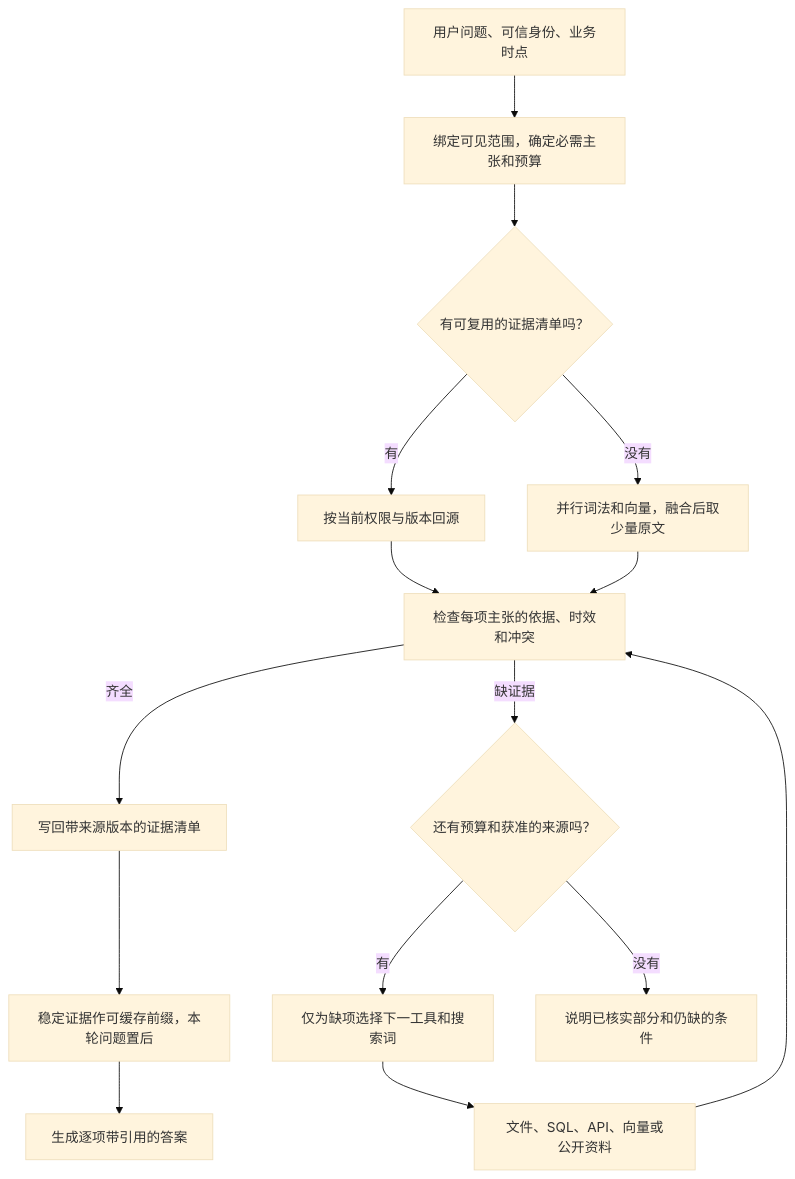
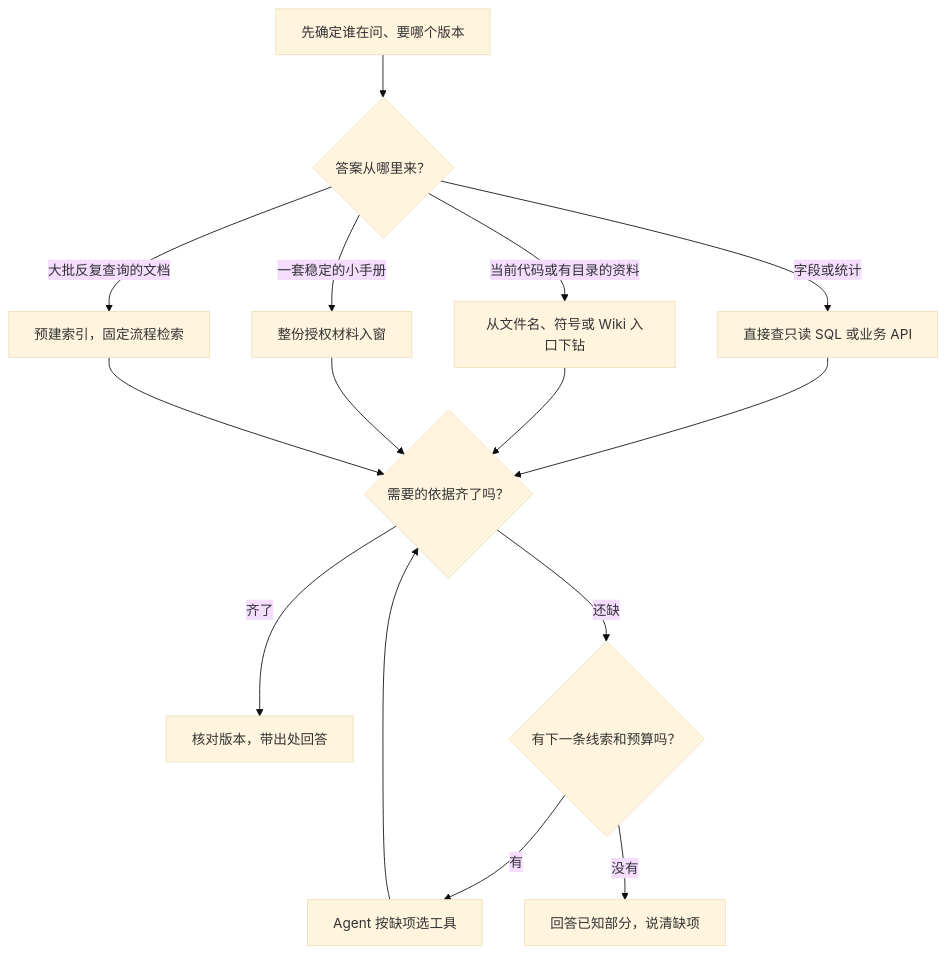
The first of 2 diagrams in 07-rag-and-modern-retrieval/02-agentic-rag-vs-long-context-vs-filesystem.md (echonoshy/agent-engineering-handbook), drawn with Mermaid (base theme) before and after one commit. The commit also changed other lines of this file and 21 other files, not shown here.

````diff
--- a/07-rag-and-modern-retrieval/02-agentic-rag-vs-long-context-vs-filesystem.md
+++ b/07-rag-and-modern-retrieval/02-agentic-rag-vs-long-context-vs-filesystem.md
@@ -134,17 +7,17 @@
 ```mermaid
 flowchart TD
-    U["用户问题、可信身份、业务时点"] --> S["绑定可见范围，确定必需主张和预算"]
-    S --> C{"有可复用的证据清单吗？"}
-    C -->|有| V["按当前权限与版本回源"]
-    C -->|没有| H["并行词法和向量，融合后取少量原文"]
-    V --> K["检查每项主张的依据、时效和冲突"]
-    H --> K
-    K -->|齐全| W["写回带来源版本的证据清单"]
-    W --> F["稳定证据作可缓存前缀，本轮问题置后"]
-    F --> A["生成逐项带引用的答案"]
-    K -->|缺证据| B{"还有预算和获准的来源吗？"}
-    B -->|有| P["仅为缺项选择下一工具和搜索词"]
-    P --> T["文件、SQL、API、向量或公开资料"]
-    T --> K
-    B -->|没有| D["说明已核实部分和仍缺的条件"]
+    Q["先确定谁在问、要哪个版本"] --> E{"答案从哪里来？"}
+    E -->|字段或统计| S["直接查只读 SQL 或业务 API"]
+    E -->|当前代码或有目录的资料| F["从文件名、符号或 Wiki 入口下钻"]
+    E -->|一套稳定的小手册| L["整份授权材料入窗"]
+    E -->|大批反复查询的文档| R["预建索引，固定流程检索"]
+    S --> C{"需要的依据齐了吗？"}
+    F --> C
+    L --> C
+    R --> C
+    C -->|齐了| A["核对版本，带出处回答"]
+    C -->|还缺| B{"有下一条线索和预算吗？"}
+    B -->|有| T["Agent 按缺项选工具"]
+    T --> C
+    B -->|没有| P["回答已知部分，说清缺项"]
 ```
````
